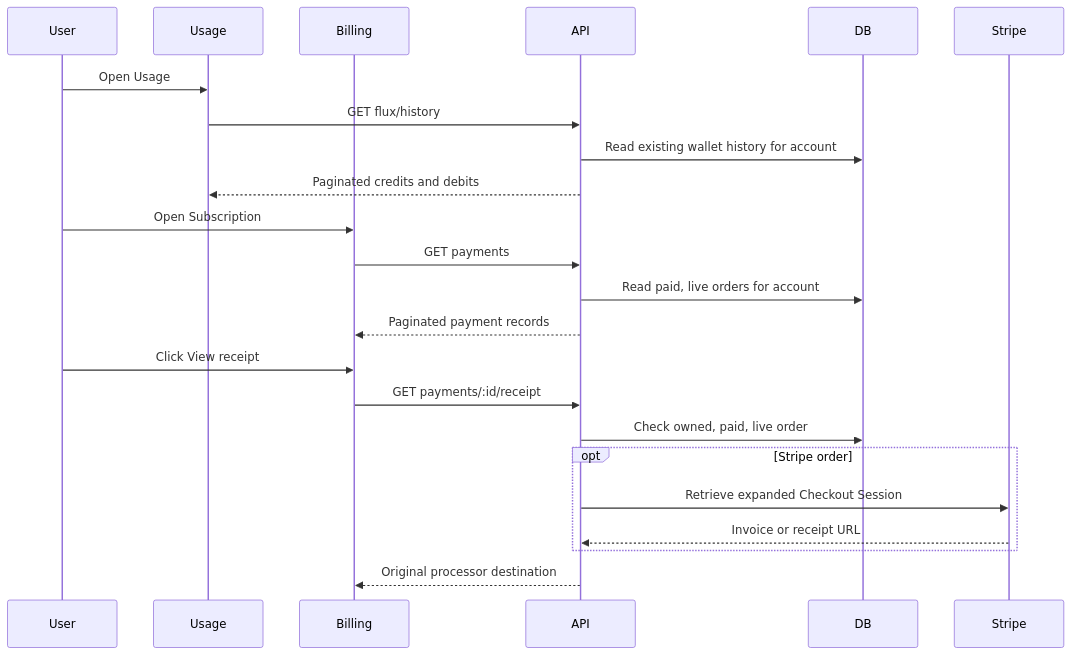
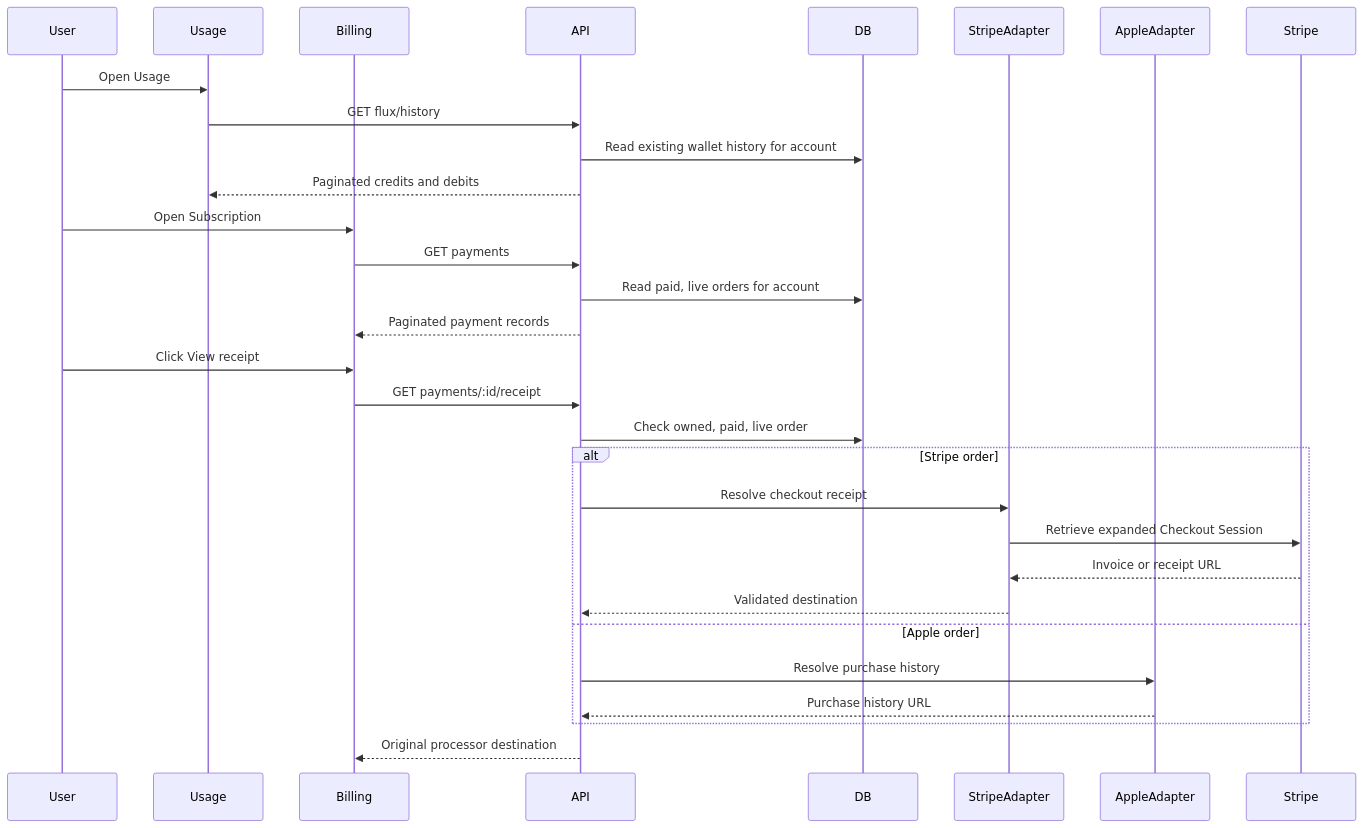
Before and after one commit to moeru-ai/airi: the second of 2 diagrams in server/docs/ai/adr/2026-11-03-topup-order-receipts.md, drawn with Mermaid. The commit also changed other lines of this file and 14 other files, not shown here.

````diff
--- a/server/docs/ai/adr/2026-11-03-topup-order-receipts.md
+++ b/server/docs/ai/adr/2026-11-03-topup-order-receipts.md
@@ -70,25 +79,32 @@
 ```mermaid
 sequenceDiagram
   participant User
   participant Usage
   participant Billing
   participant API
   participant DB
+  participant StripeAdapter
+  participant AppleAdapter
   participant Stripe
   User->>Usage: Open Usage
   Usage->>API: GET flux/history
   API->>DB: Read existing wallet history for account
   API-->>Usage: Paginated credits and debits
   User->>Billing: Open Subscription
   Billing->>API: GET payments
   API->>DB: Read paid, live orders for account
   API-->>Billing: Paginated payment records
   User->>Billing: Click View receipt
   Billing->>API: GET payments/:id/receipt
   API->>DB: Check owned, paid, live order
-  opt Stripe order
-    API->>Stripe: Retrieve expanded Checkout Session
-    Stripe-->>API: Invoice or receipt URL
+  alt Stripe order
+    API->>StripeAdapter: Resolve checkout receipt
+    StripeAdapter->>Stripe: Retrieve expanded Checkout Session
+    Stripe-->>StripeAdapter: Invoice or receipt URL
+    StripeAdapter-->>API: Validated destination
+  else Apple order
+    API->>AppleAdapter: Resolve purchase history
+    AppleAdapter-->>API: Purchase history URL
   end
   API-->>Billing: Original processor destination
 ```
````
